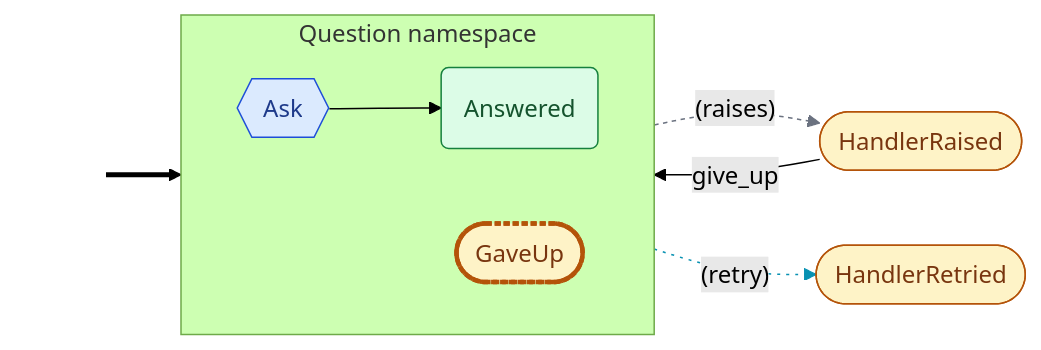
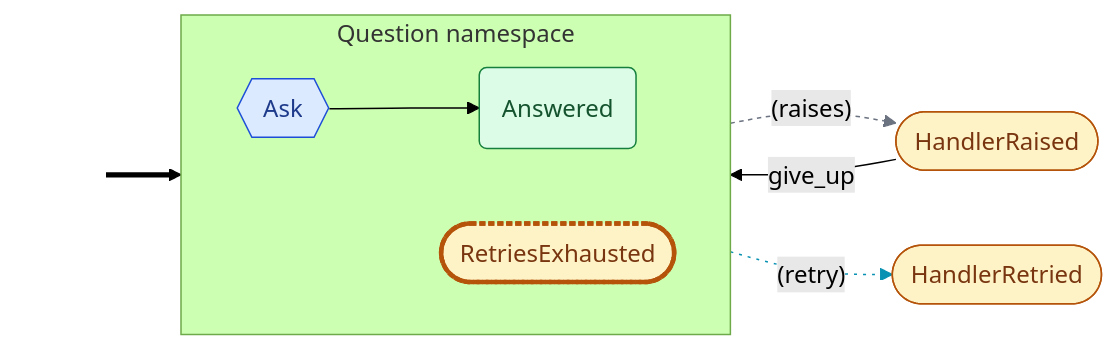
Before and after one commit to cadance-io/langgraph-events: the second of 2 diagrams in examples/error_recovery.graph.md, drawn with Mermaid (forest theme). The commit also changed other lines of this file and 34 other files, not shown here.

````diff
--- a/examples/error_recovery.graph.md
+++ b/examples/error_recovery.graph.md
@@ -58,25 +58,25 @@
 ```mermaid
 graph LR
     classDef entry fill:none,stroke:none,color:none
     classDef cmd fill:#dbeafe,stroke:#1d4ed8,color:#1e3a8a
     classDef devt fill:#dcfce7,stroke:#15803d,color:#14532d
     classDef intg fill:#ede9fe,stroke:#6d28d9,color:#4c1d95
     classDef syst fill:#fef3c7,stroke:#b45309,color:#78350f
     classDef halt fill:#fef3c7,stroke:#b45309,color:#78350f,stroke-width:3px,stroke-dasharray:4 2
     classDef inv fill:#ffedd5,stroke:#c2410c,color:#7c2d12
     subgraph Question["Question namespace"]
         direction LR
         Answered(Answered):::devt
         Ask{{Ask}}:::cmd
-        GaveUp([GaveUp]):::halt
+        RetriesExhausted([RetriesExhausted]):::halt
     end
     HandlerRaised([HandlerRaised]):::syst
     HandlerRetried([HandlerRetried]):::syst
     _e0_[ ]:::entry ==> Ask
     Ask -.->|"(raises)"| HandlerRaised
     Ask -.->|"(retry)"| HandlerRetried
     Ask --> Answered
-    HandlerRaised -->|give_up| GaveUp
+    HandlerRaised -->|give_up| RetriesExhausted
     linkStyle 1 stroke:#6b7280,stroke-dasharray:3 3
     linkStyle 2 stroke:#0891b2,stroke-dasharray:2 4
 ```
````
